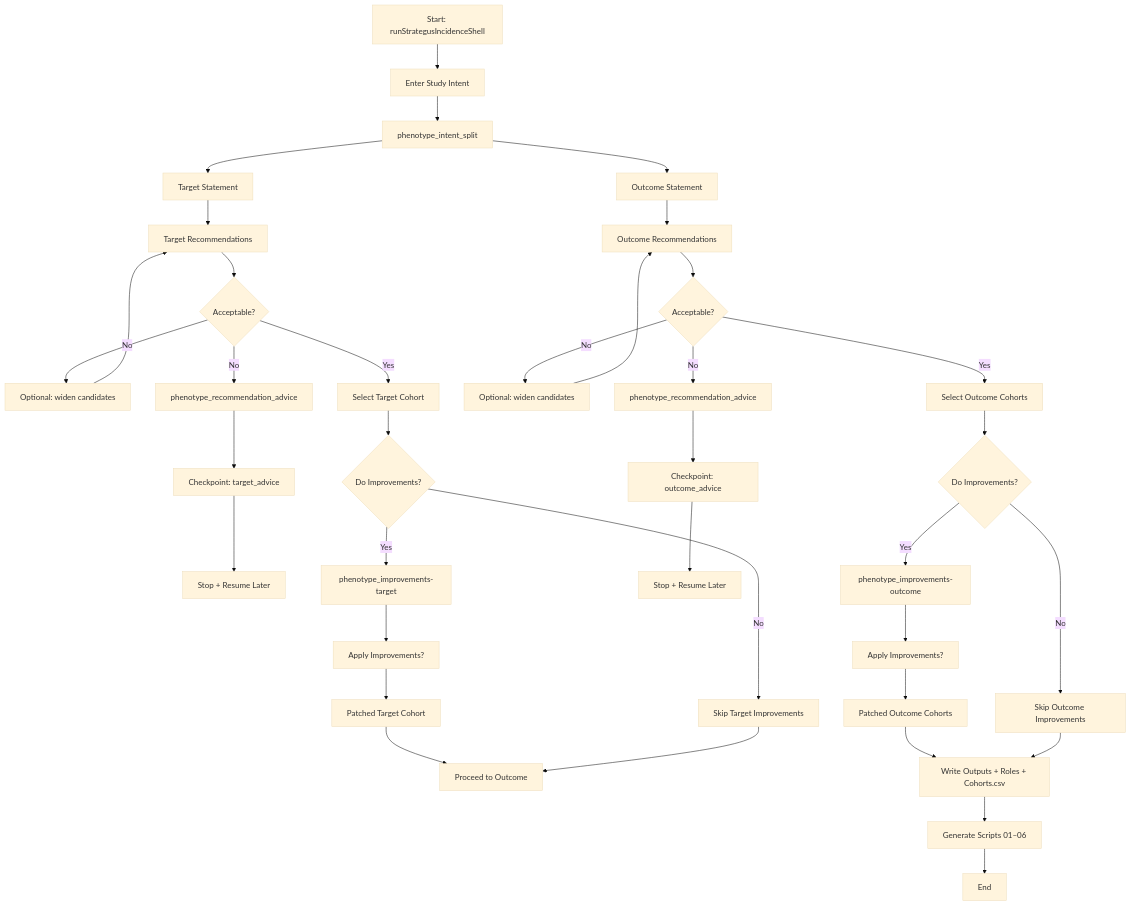
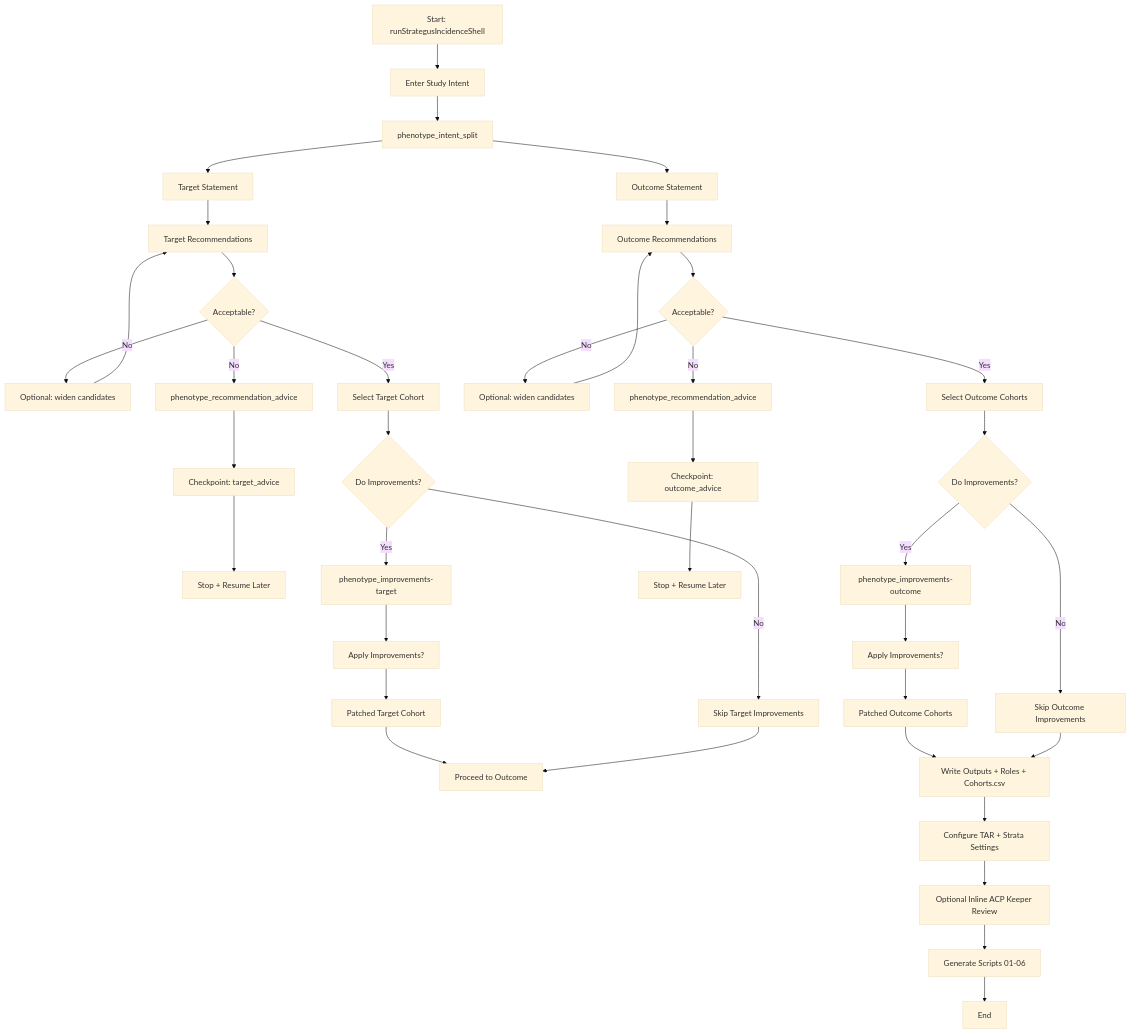
One commit to OHDSI/StudyAgent changed the first of 2 diagrams in docs/INCIDENCE_WORKFLOW.md. Above: the diagram before and after it, drawn with Mermaid (base theme). The commit also changed other lines of this file and 21 other files, not shown here.

````diff
--- a/docs/INCIDENCE_WORKFLOW.md
+++ b/docs/INCIDENCE_WORKFLOW.md
@@ -9,42 +9,44 @@
 ```mermaid
 flowchart TD
   A[Start: runStrategusIncidenceShell] --> B[Enter Study Intent]
   B --> C[phenotype_intent_split]
   C --> D[Target Statement]
   C --> E[Outcome Statement]
 
   D --> F[Target Recommendations]
   F --> G{Acceptable?}
   G -- No --> H[Optional: widen candidates]
   H --> F
   G -- No --> I[phenotype_recommendation_advice]
   I --> J[Checkpoint: target_advice]
   J --> K[Stop + Resume Later]
   G -- Yes --> L[Select Target Cohort]
   L --> M{Do Improvements?}
   M -- Yes --> N[phenotype_improvements-target]
   N --> O[Apply Improvements?]
   O --> P[Patched Target Cohort]
   M -- No --> Q[Skip Target Improvements]
   P --> R[Proceed to Outcome]
   Q --> R
 
   E --> S[Outcome Recommendations]
   S --> T{Acceptable?}
   T -- No --> U[Optional: widen candidates]
   U --> S
   T -- No --> V[phenotype_recommendation_advice]
   V --> W[Checkpoint: outcome_advice]
   W --> X[Stop + Resume Later]
   T -- Yes --> Y[Select Outcome Cohorts]
   Y --> Z{Do Improvements?}
   Z -- Yes --> AA[phenotype_improvements-outcome]
   AA --> AB[Apply Improvements?]
   AB --> AC[Patched Outcome Cohorts]
   Z -- No --> AD[Skip Outcome Improvements]
 
   AC --> AE[Write Outputs + Roles + Cohorts.csv]
   AD --> AE
-  AE --> AF[Generate Scripts 01–06]
-  AF --> AG[End]
+  AE --> AF[Configure TAR + Strata Settings]
+  AF --> AG[Optional Inline ACP Keeper Review]
+  AG --> AH[Generate Scripts 01-06]
+  AH --> AI[End]
 ```
````
